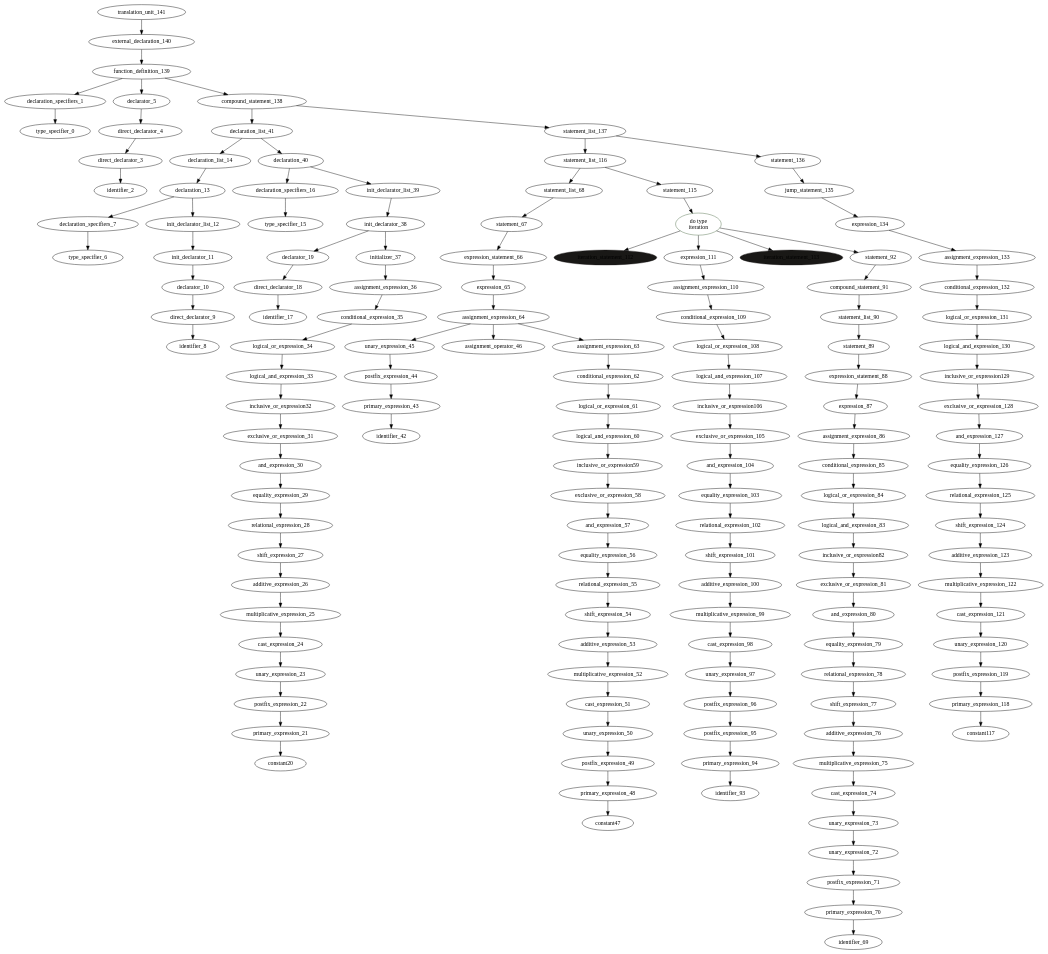
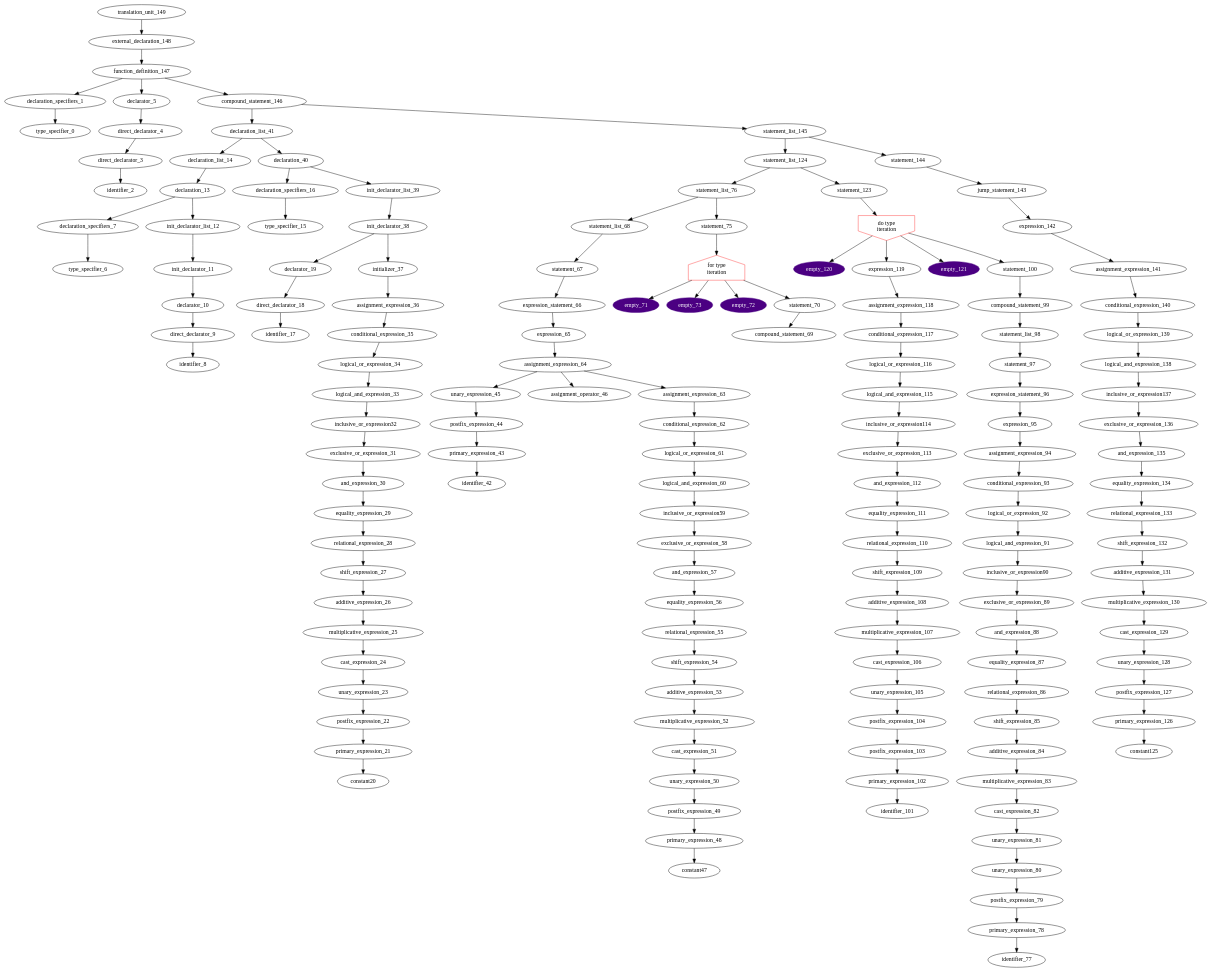
Before and after one commit to ahpalmerUNR/c_compiler: the diagram in graphs/default.gv, drawn with Graphviz. The commit also changed 7 other files, not shown here.

```diff
--- a/graphs/default.gv
+++ b/graphs/default.gv
@@ -1,147 +1,160 @@
 digraph AST {
-	translation_unit_141 -> external_declaration_140;
-	external_declaration_140 -> function_definition_139;
-	function_definition_139 -> declaration_specifiers_1;
+	translation_unit_149 -> external_declaration_148;
+	external_declaration_148 -> function_definition_147;
+	function_definition_147 -> declaration_specifiers_1;
 	declaration_specifiers_1 -> type_specifier_0;
-	function_definition_139 -> declarator_5;
+	function_definition_147 -> declarator_5;
 	declarator_5 -> direct_declarator_4;
 	direct_declarator_4 -> direct_declarator_3;
 	direct_declarator_3 -> identifier_2;
-	function_definition_139 -> compound_statement_138;
-	compound_statement_138 -> declaration_list_41;
+	function_definition_147 -> compound_statement_146;
+	compound_statement_146 -> declaration_list_41;
 	declaration_list_41 -> declaration_list_14;
 	declaration_list_14 -> declaration_13;
 	declaration_13 -> declaration_specifiers_7;
 	declaration_specifiers_7 -> type_specifier_6;
 	declaration_13 -> init_declarator_list_12;
 	init_declarator_list_12 -> init_declarator_11;
 	init_declarator_11 -> declarator_10;
 	declarator_10 -> direct_declarator_9;
 	direct_declarator_9 -> identifier_8;
 	declaration_list_41 -> declaration_40;
 	declaration_40 -> declaration_specifiers_16;
 	declaration_specifiers_16 -> type_specifier_15;
 	declaration_40 -> init_declarator_list_39;
 	init_declarator_list_39 -> init_declarator_38;
 	init_declarator_38 -> declarator_19;
 	declarator_19 -> direct_declarator_18;
 	direct_declarator_18 -> identifier_17;
 	init_declarator_38 -> initializer_37;
 	initializer_37 -> assignment_expression_36;
 	assignment_expression_36 -> conditional_expression_35;
 	conditional_expression_35 -> logical_or_expression_34;
 	logical_or_expression_34 -> logical_and_expression_33;
 	logical_and_expression_33 -> inclusive_or_expression32;
 	inclusive_or_expression32 -> exclusive_or_expression_31;
 	exclusive_or_expression_31 -> and_expression_30;
 	and_expression_30 -> equality_expression_29;
 	equality_expression_29 -> relational_expression_28;
 	relational_expression_28 -> shift_expression_27;
 	shift_expression_27 -> additive_expression_26;
 	additive_expression_26 -> multiplicative_expression_25;
 	multiplicative_expression_25 -> cast_expression_24;
 	cast_expression_24 -> unary_expression_23;
 	unary_expression_23 -> postfix_expression_22;
 	postfix_expression_22 -> primary_expression_21;
 	primary_expression_21 -> constant20;
-	compound_statement_138 -> statement_list_137;
-	statement_list_137 -> statement_list_116;
-	statement_list_116 -> statement_list_68;
+	compound_statement_146 -> statement_list_145;
+	statement_list_145 -> statement_list_124;
+	statement_list_124 -> statement_list_76;
+	statement_list_76 -> statement_list_68;
 	statement_list_68 -> statement_67;
 	statement_67 -> expression_statement_66;
 	expression_statement_66 -> expression_65;
 	expression_65 -> assignment_expression_64;
 	assignment_expression_64 -> unary_expression_45;
 	unary_expression_45 -> postfix_expression_44;
 	postfix_expression_44 -> primary_expression_43;
 	primary_expression_43 -> identifier_42;
 	assignment_expression_64 -> assignment_operator_46;
 	assignment_expression_64 -> assignment_expression_63;
 	assignment_expression_63 -> conditional_expression_62;
 	conditional_expression_62 -> logical_or_expression_61;
 	logical_or_expression_61 -> logical_and_expression_60;
 	logical_and_expression_60 -> inclusive_or_expression59;
 	inclusive_or_expression59 -> exclusive_or_expression_58;
 	exclusive_or_expression_58 -> and_expression_57;
 	and_expression_57 -> equality_expression_56;
 	equality_expression_56 -> relational_expression_55;
 	relational_expression_55 -> shift_expression_54;
 	shift_expression_54 -> additive_expression_53;
 	additive_expression_53 -> multiplicative_expression_52;
 	multiplicative_expression_52 -> cast_expression_51;
 	cast_expression_51 -> unary_expression_50;
 	unary_expression_50 -> postfix_expression_49;
 	postfix_expression_49 -> primary_expression_48;
 	primary_expression_48 -> constant47;
-	statement_list_116 -> statement_115;
-	statement_115 -> iteration_statement_114;
-iteration_statement_114 [label="do type
-iteration",color="0.3 0.4 0.4"]
-	iteration_statement_114 -> iteration_statement_112;
-iteration_statement_112 [style=filled,color="0.1 0.1 0.1"]
-	iteration_statement_114 -> expression_111;
-	expression_111 -> assignment_expression_110;
-	assignment_expression_110 -> conditional_expression_109;
-	conditional_expression_109 -> logical_or_expression_108;
-	logical_or_expression_108 -> logical_and_expression_107;
-	logical_and_expression_107 -> inclusive_or_expression106;
-	inclusive_or_expression106 -> exclusive_or_expression_105;
-	exclusive_or_expression_105 -> and_expression_104;
-	and_expression_104 -> equality_expression_103;
-	equality_expression_103 -> relational_expression_102;
-	relational_expression_102 -> shift_expression_101;
-	shift_expression_101 -> additive_expression_100;
-	additive_expression_100 -> multiplicative_expression_99;
-	multiplicative_expression_99 -> cast_expression_98;
-	cast_expression_98 -> unary_expression_97;
-	unary_expression_97 -> postfix_expression_96;
-	postfix_expression_96 -> postfix_expression_95;
-	postfix_expression_95 -> primary_expression_94;
-	primary_expression_94 -> identifier_93;
-	iteration_statement_114 -> iteration_statement_113;
-iteration_statement_113 [style=filled,color="0.1 0.1 0.1"]
-	iteration_statement_114 -> statement_92;
-	statement_92 -> compound_statement_91;
-	compound_statement_91 -> statement_list_90;
-	statement_list_90 -> statement_89;
-	statement_89 -> expression_statement_88;
-	expression_statement_88 -> expression_87;
-	expression_87 -> assignment_expression_86;
-	assignment_expression_86 -> conditional_expression_85;
-	conditional_expression_85 -> logical_or_expression_84;
-	logical_or_expression_84 -> logical_and_expression_83;
-	logical_and_expression_83 -> inclusive_or_expression82;
-	inclusive_or_expression82 -> exclusive_or_expression_81;
-	exclusive_or_expression_81 -> and_expression_80;
-	and_expression_80 -> equality_expression_79;
-	equality_expression_79 -> relational_expression_78;
-	relational_expression_78 -> shift_expression_77;
-	shift_expression_77 -> additive_expression_76;
-	additive_expression_76 -> multiplicative_expression_75;
-	multiplicative_expression_75 -> cast_expression_74;
-	cast_expression_74 -> unary_expression_73;
-	unary_expression_73 -> unary_expression_72;
-	unary_expression_72 -> postfix_expression_71;
-	postfix_expression_71 -> primary_expression_70;
-	primary_expression_70 -> identifier_69;
-	statement_list_137 -> statement_136;
-	statement_136 -> jump_statement_135;
-	jump_statement_135 -> expression_134;
-	expression_134 -> assignment_expression_133;
-	assignment_expression_133 -> conditional_expression_132;
-	conditional_expression_132 -> logical_or_expression_131;
-	logical_or_expression_131 -> logical_and_expression_130;
-	logical_and_expression_130 -> inclusive_or_expression129;
-	inclusive_or_expression129 -> exclusive_or_expression_128;
-	exclusive_or_expression_128 -> and_expression_127;
-	and_expression_127 -> equality_expression_126;
-	equality_expression_126 -> relational_expression_125;
-	relational_expression_125 -> shift_expression_124;
-	shift_expression_124 -> additive_expression_123;
-	additive_expression_123 -> multiplicative_expression_122;
-	multiplicative_expression_122 -> cast_expression_121;
-	cast_expression_121 -> unary_expression_120;
-	unary_expression_120 -> postfix_expression_119;
-	postfix_expression_119 -> primary_expression_118;
-	primary_expression_118 -> constant117;
+	statement_list_76 -> statement_75;
+	statement_75 -> iteration_statement_74;
+iteration_statement_74 [shape=house,label="for type
+iteration",color=firebrick1]
+	iteration_statement_74 -> empty_71;
+empty_71 [style=filled,color=indigo,fontcolor=white]
+	iteration_statement_74 -> empty_73;
+empty_73 [style=filled,color=indigo,fontcolor=white]
+	iteration_statement_74 -> empty_72;
+empty_72 [style=filled,color=indigo,fontcolor=white]
+	iteration_statement_74 -> statement_70;
+	statement_70 -> compound_statement_69;
+	statement_list_124 -> statement_123;
+	statement_123 -> iteration_statement_122;
+iteration_statement_122 [shape=invhouse,label="do type
+iteration",color=firebrick1]
+	iteration_statement_122 -> empty_120;
+empty_120 [style=filled,color=indigo,fontcolor=white]
+	iteration_statement_122 -> expression_119;
+	expression_119 -> assignment_expression_118;
+	assignment_expression_118 -> conditional_expression_117;
+	conditional_expression_117 -> logical_or_expression_116;
+	logical_or_expression_116 -> logical_and_expression_115;
+	logical_and_expression_115 -> inclusive_or_expression114;
+	inclusive_or_expression114 -> exclusive_or_expression_113;
+	exclusive_or_expression_113 -> and_expression_112;
+	and_expression_112 -> equality_expression_111;
+	equality_expression_111 -> relational_expression_110;
+	relational_expression_110 -> shift_expression_109;
+	shift_expression_109 -> additive_expression_108;
+	additive_expression_108 -> multiplicative_expression_107;
+	multiplicative_expression_107 -> cast_expression_106;
+	cast_expression_106 -> unary_expression_105;
+	unary_expression_105 -> postfix_expression_104;
+	postfix_expression_104 -> postfix_expression_103;
+	postfix_expression_103 -> primary_expression_102;
+	primary_expression_102 -> identifier_101;
+	iteration_statement_122 -> empty_121;
+empty_121 [style=filled,color=indigo,fontcolor=white]
+	iteration_statement_122 -> statement_100;
+	statement_100 -> compound_statement_99;
+	compound_statement_99 -> statement_list_98;
+	statement_list_98 -> statement_97;
+	statement_97 -> expression_statement_96;
+	expression_statement_96 -> expression_95;
+	expression_95 -> assignment_expression_94;
+	assignment_expression_94 -> conditional_expression_93;
+	conditional_expression_93 -> logical_or_expression_92;
+	logical_or_expression_92 -> logical_and_expression_91;
+	logical_and_expression_91 -> inclusive_or_expression90;
+	inclusive_or_expression90 -> exclusive_or_expression_89;
+	exclusive_or_expression_89 -> and_expression_88;
+	and_expression_88 -> equality_expression_87;
+	equality_expression_87 -> relational_expression_86;
+	relational_expression_86 -> shift_expression_85;
+	shift_expression_85 -> additive_expression_84;
+	additive_expression_84 -> multiplicative_expression_83;
+	multiplicative_expression_83 -> cast_expression_82;
+	cast_expression_82 -> unary_expression_81;
+	unary_expression_81 -> unary_expression_80;
+	unary_expression_80 -> postfix_expression_79;
+	postfix_expression_79 -> primary_expression_78;
+	primary_expression_78 -> identifier_77;
+	statement_list_145 -> statement_144;
+	statement_144 -> jump_statement_143;
+	jump_statement_143 -> expression_142;
+	expression_142 -> assignment_expression_141;
+	assignment_expression_141 -> conditional_expression_140;
+	conditional_expression_140 -> logical_or_expression_139;
+	logical_or_expression_139 -> logical_and_expression_138;
+	logical_and_expression_138 -> inclusive_or_expression137;
+	inclusive_or_expression137 -> exclusive_or_expression_136;
+	exclusive_or_expression_136 -> and_expression_135;
+	and_expression_135 -> equality_expression_134;
+	equality_expression_134 -> relational_expression_133;
+	relational_expression_133 -> shift_expression_132;
+	shift_expression_132 -> additive_expression_131;
+	additive_expression_131 -> multiplicative_expression_130;
+	multiplicative_expression_130 -> cast_expression_129;
+	cast_expression_129 -> unary_expression_128;
+	unary_expression_128 -> postfix_expression_127;
+	postfix_expression_127 -> primary_expression_126;
+	primary_expression_126 -> constant125;
 }
```
